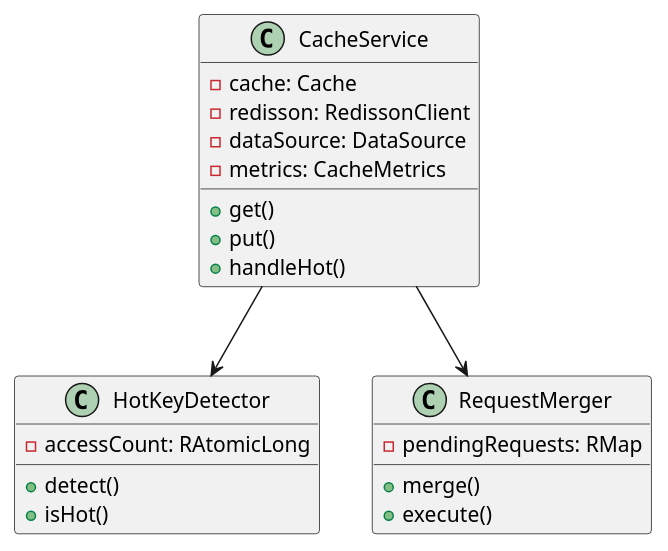
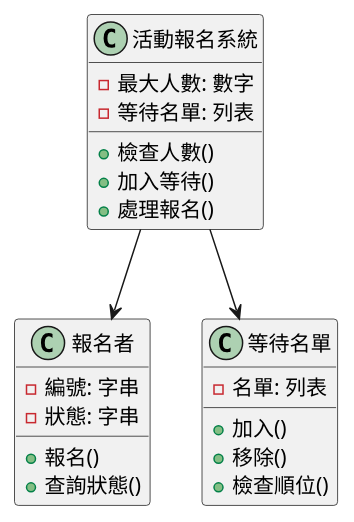
Before and after one commit to fine5351/info-sync: the second of 3 diagrams in doc/learning/architecture/cache_breakdown_tutorial.md, drawn with PlantUML. The commit also changed other lines of this file and 35 other files, not shown here.

````diff
--- a/doc/learning/architecture/cache_breakdown_tutorial.md
+++ b/doc/learning/architecture/cache_breakdown_tutorial.md
@@ -221,28 +151,28 @@
 ```plantuml
 @startuml
-class CacheService {
-    - cache: Cache
-    - redisson: RedissonClient
-    - dataSource: DataSource
-    - metrics: CacheMetrics
-    + get()
-    + put()
-    + handleHot()
+class 活動報名系統 {
+    - 最大人數: 數字
+    - 等待名單: 列表
+    + 檢查人數()
+    + 加入等待()
+    + 處理報名()
 }
 
-class HotKeyDetector {
-    - accessCount: RAtomicLong
-    + detect()
-    + isHot()
+class 報名者 {
+    - 編號: 字串
+    - 狀態: 字串
+    + 報名()
+    + 查詢狀態()
 }
 
-class RequestMerger {
-    - pendingRequests: RMap
-    + merge()
-    + execute()
+class 等待名單 {
+    - 名單: 列表
+    + 加入()
+    + 移除()
+    + 檢查順位()
 }
 
-CacheService --> HotKeyDetector
-CacheService --> RequestMerger
+活動報名系統 --> 報名者
+活動報名系統 --> 等待名單
 @enduml
 ```
````
